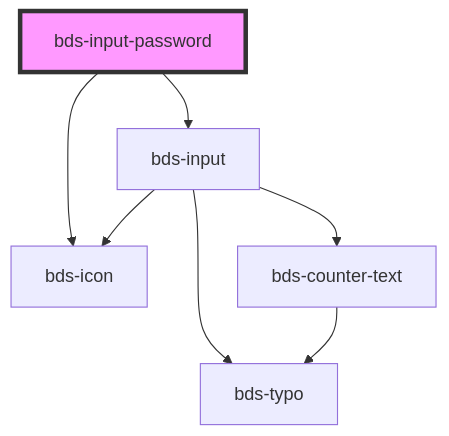
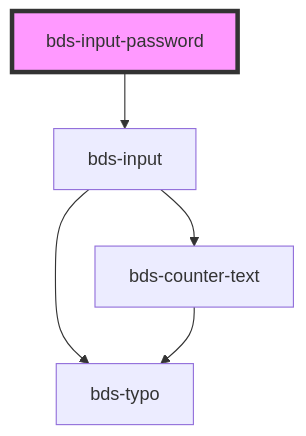
The diagram in src/components/input-password/readme.md (takenet/blip-ds), drawn with Mermaid before and after one commit. The commit also changed other lines of this file and 207 other files, not shown here.

````diff
--- a/src/components/input-password/readme.md
+++ b/src/components/input-password/readme.md
@@ -38,10 +37,8 @@
 ```mermaid
 graph TD;
   bds-input-password --> bds-input
-  bds-input-password --> bds-icon
-  bds-input --> bds-icon
   bds-input --> bds-typo
   bds-input --> bds-counter-text
   bds-counter-text --> bds-typo
   style bds-input-password fill:#f9f,stroke:#333,stroke-width:4px
 ```
````
